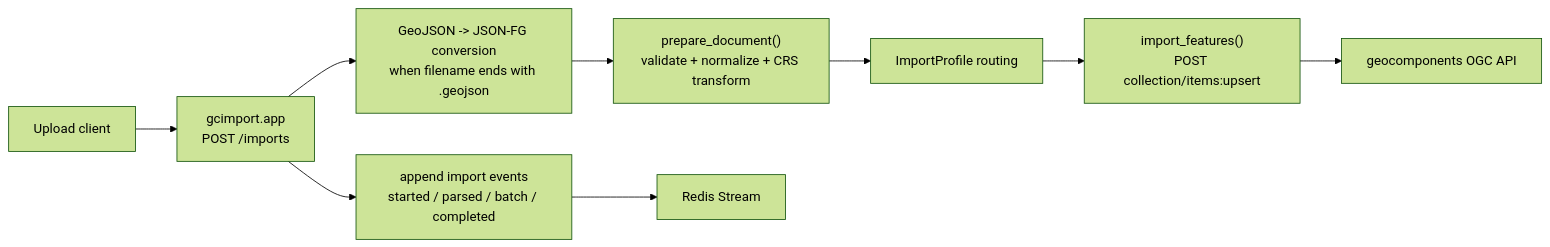
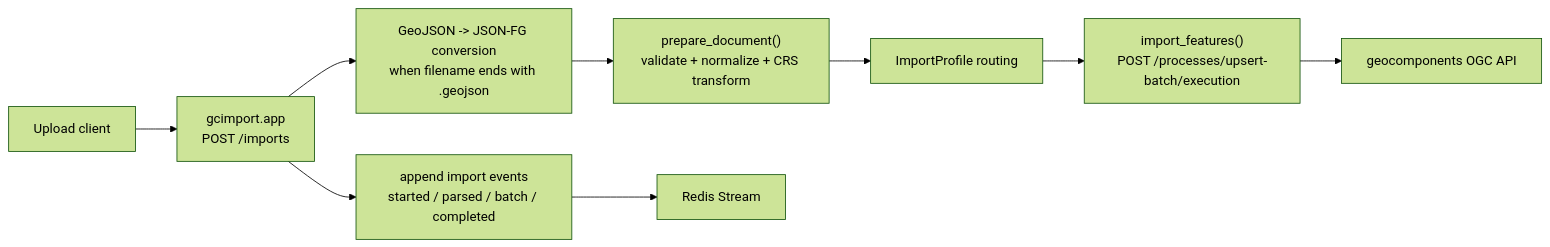
One commit to kartverket/topografisk-gdb-api changed the fourth of 10 diagrams in docs/ARCHITECTURE.md. Above: the diagram before and after it, drawn with Mermaid (forest theme). The commit also changed other lines of this file and 8 other files, not shown here.

````diff
--- a/docs/ARCHITECTURE.md
+++ b/docs/ARCHITECTURE.md
@@ -169,11 +169,11 @@
 ```mermaid
 flowchart LR
   U["Upload client"] --> APP["gcimport.app<br/>POST /imports"]
   APP --> CONV["GeoJSON -> JSON-FG conversion<br/>when filename ends with .geojson"]
   CONV --> PREP["prepare_document()<br/>validate + normalize + CRS transform"]
   PREP --> PROF["ImportProfile routing"]
-  PROF --> UP["import_features()<br/>POST collection/items:upsert"]
+  PROF --> UP["import_features()<br/>POST /processes/upsert-batch/execution"]
   APP --> EVT["append import events<br/>started / parsed / batch / completed"]
   EVT --> REDIS["Redis Stream"]
   UP --> API["geocomponents OGC API"]
 ```
````
